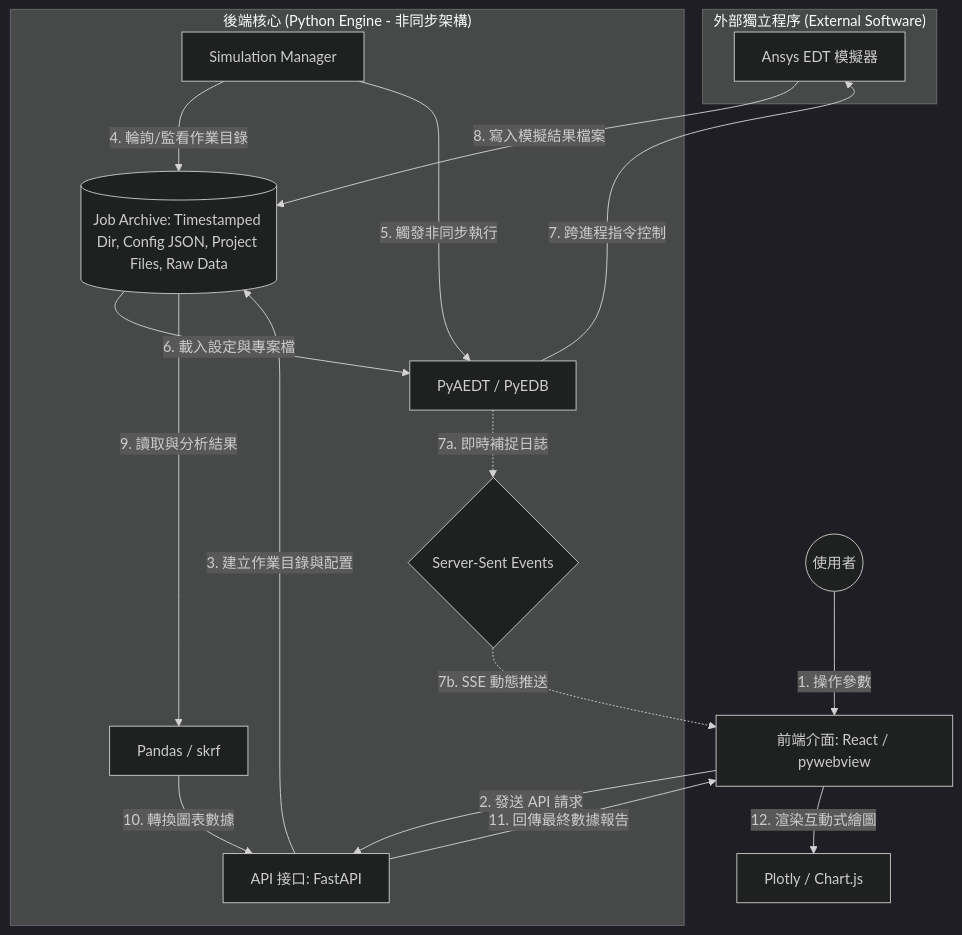
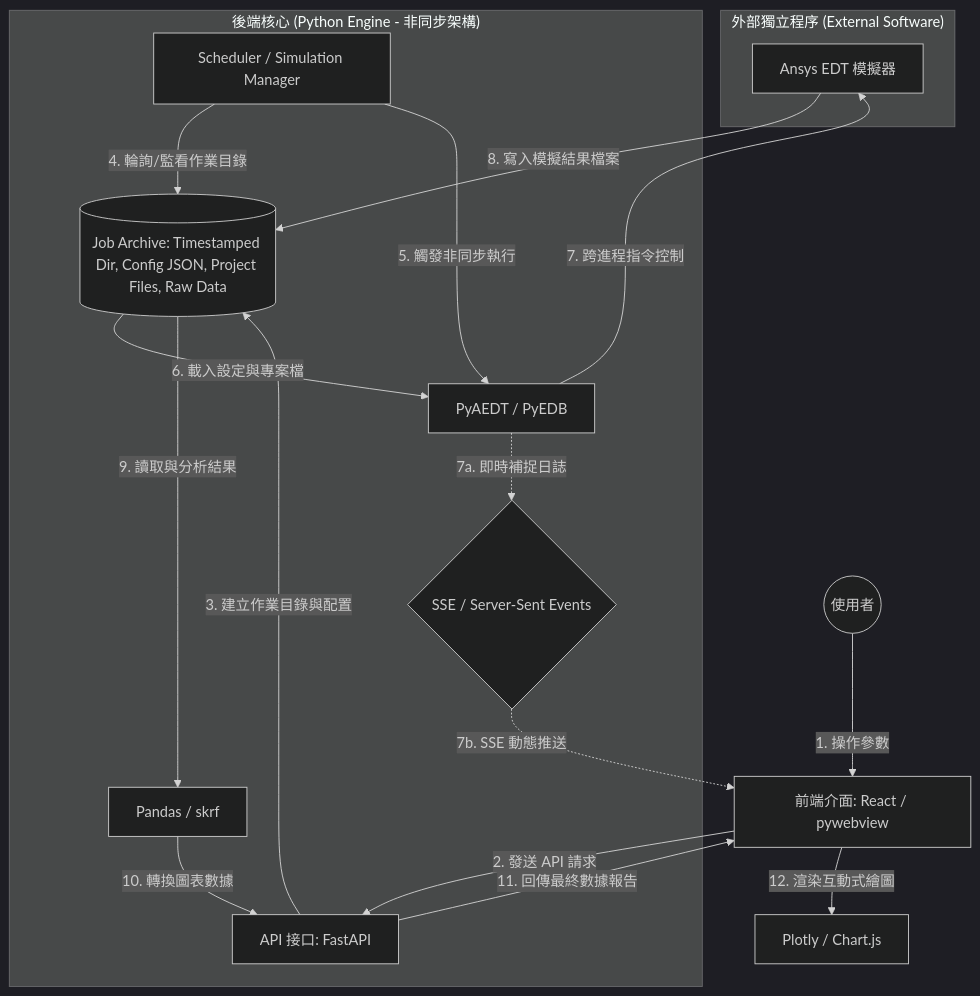
The second of 2 diagrams in 大型模擬自動化開發/3. 框架與軟體架構.md (linmingchih/Training-Material), drawn with Mermaid (dark theme) before and after one commit. The commit also changed other lines of this file and 1 other file, not shown here.

````diff
--- a/大型模擬自動化開發/3. 框架與軟體架構.md
+++ b/大型模擬自動化開發/3. 框架與軟體架構.md
@@ -61,42 +62,42 @@
 ```mermaid
 graph TD
     %% 1. 宣告所有子圖與其中的節點
     subgraph External["外部獨立程序 (External Software)"]
         AEDT[Ansys EDT 模擬器]
     end
 
     subgraph Backend["後端核心 (Python Engine - 非同步架構)"]
         API[API 接口: FastAPI]
         JobArchive[(Job Archive: Timestamped Dir, Config JSON, Project Files, Raw Data)]
-        Manager[Simulation Manager]
+        Manager[Scheduler / Simulation Manager]
         PyAEDT[PyAEDT / PyEDB]
         Pandas[Pandas / skrf]
-        WS{Server-Sent Events}
+        WS{SSE / Server-Sent Events}
     end
 
     %% 2. 統一定義帶有數字編號的連線關係
     User((使用者)) -->|1. 操作參數| Frontend[前端介面: React / pywebview]
     Frontend -->|2. 發送 API 請求| API
 
     %% 後端排程
     API -->|3. 建立作業目錄與配置| JobArchive
     Manager -->|4. 輪詢/監看作業目錄| JobArchive
     Manager -->|5. 觸發非同步執行| PyAEDT
     JobArchive -->|6. 載入設定與專案檔| PyAEDT
 
     %% 跨邊界調用模擬器
     PyAEDT -->|7. 跨進程指令控制| AEDT
     AEDT -->|8. 寫入模擬結果檔案| JobArchive
 
     %% 模擬進行時的並行日誌串流 (使用 a, b 標示並行)
     PyAEDT -.->|7a. 即時補捉日誌| WS
     WS -.->|7b. SSE 動態推送| Frontend
     
     %% 後續分析與回傳
     JobArchive -->|9. 讀取與分析結果| Pandas
     Pandas -->|10. 轉換圖表數據| API
     API -->|11. 回傳最終數據報告| Frontend
     
     Frontend -->|12. 渲染互動式繪圖| Plotly[Plotly / Chart.js]
 
 ```
````
